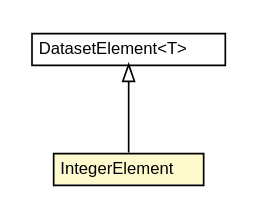
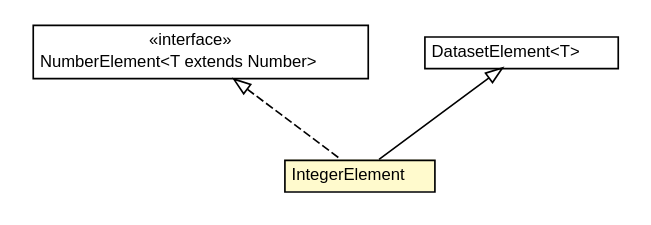
One commit to UnicaLabs-CS/Foresee changed the diagram in docs/it/unica/foresee/datasets/IntegerElement.dot. Above: the diagram before and after it, drawn with Graphviz. The commit also changed 258 other files, not shown here.

```diff
--- a/docs/it/unica/foresee/datasets/IntegerElement.dot
+++ b/docs/it/unica/foresee/datasets/IntegerElement.dot
@@ -1,26 +1,35 @@
 #!/usr/local/bin/dot
 #
 # Class diagram 
 # Generated by UMLGraph version 5.2 (http://www.umlgraph.org/)
 #
 
 digraph G {
 	edge [fontname="Helvetica",fontsize=10,labelfontname="Helvetica",labelfontsize=10];
 	node [fontname="Helvetica",fontsize=10,shape=plaintext];
 	nodesep=0.25;
 	ranksep=0.5;
+	// it.unica.foresee.datasets.interfaces.NumberElement<T extends java.lang.Number>
+	c1375 [label=<<table title="it.unica.foresee.datasets.interfaces.NumberElement" border="0" cellborder="1" cellspacing="0" cellpadding="2" port="p" href="./interfaces/NumberElement.html">
+		<tr><td><table border="0" cellspacing="0" cellpadding="1">
+<tr><td align="center" balign="center"> &#171;interface&#187; </td></tr>
+<tr><td align="center" balign="center"> NumberElement&lt;T extends Number&gt; </td></tr>
+		</table></td></tr>
+		</table>>, fontname="Helvetica", fontcolor="black", fontsize=10.0];
 	// it.unica.foresee.datasets.DatasetElement<T>
-	c1306 [label=<<table title="it.unica.foresee.datasets.DatasetElement" border="0" cellborder="1" cellspacing="0" cellpadding="2" port="p" href="./DatasetElement.html">
+	c1380 [label=<<table title="it.unica.foresee.datasets.DatasetElement" border="0" cellborder="1" cellspacing="0" cellpadding="2" port="p" href="./DatasetElement.html">
 		<tr><td><table border="0" cellspacing="0" cellpadding="1">
 <tr><td align="center" balign="center"> DatasetElement&lt;T&gt; </td></tr>
 		</table></td></tr>
 		</table>>, fontname="Helvetica", fontcolor="black", fontsize=10.0];
 	// it.unica.foresee.datasets.IntegerElement
-	c1315 [label=<<table title="it.unica.foresee.datasets.IntegerElement" border="0" cellborder="1" cellspacing="0" cellpadding="2" port="p" bgcolor="lemonChiffon" href="./IntegerElement.html">
+	c1389 [label=<<table title="it.unica.foresee.datasets.IntegerElement" border="0" cellborder="1" cellspacing="0" cellpadding="2" port="p" bgcolor="lemonChiffon" href="./IntegerElement.html">
 		<tr><td><table border="0" cellspacing="0" cellpadding="1">
 <tr><td align="center" balign="center"> IntegerElement </td></tr>
 		</table></td></tr>
 		</table>>, fontname="Helvetica", fontcolor="black", fontsize=10.0];
 	//it.unica.foresee.datasets.IntegerElement extends it.unica.foresee.datasets.DatasetElement<java.lang.Integer>
-	c1306:p -> c1315:p [dir=back,arrowtail=empty];
+	c1380:p -> c1389:p [dir=back,arrowtail=empty];
+	//it.unica.foresee.datasets.IntegerElement implements it.unica.foresee.datasets.interfaces.NumberElement<T extends java.lang.Number>
+	c1375:p -> c1389:p [dir=back,arrowtail=empty,style=dashed];
 }
```
